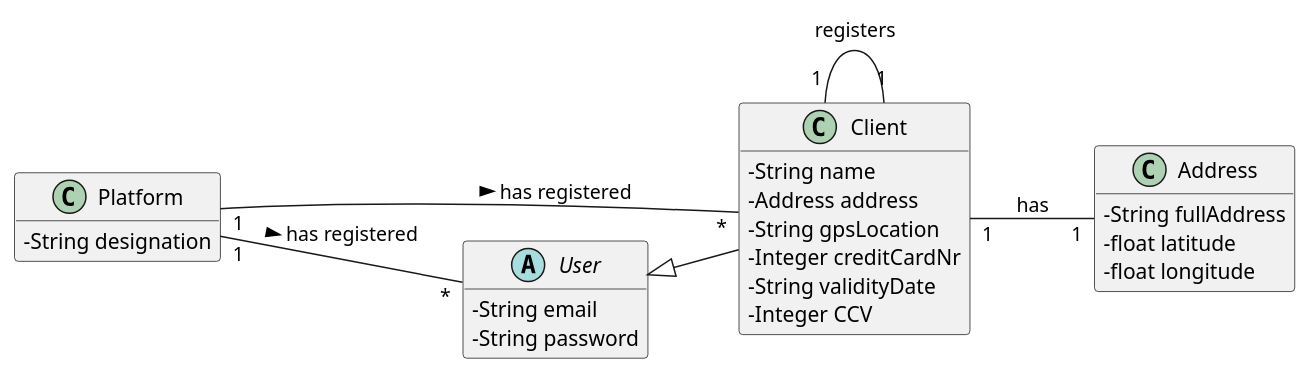
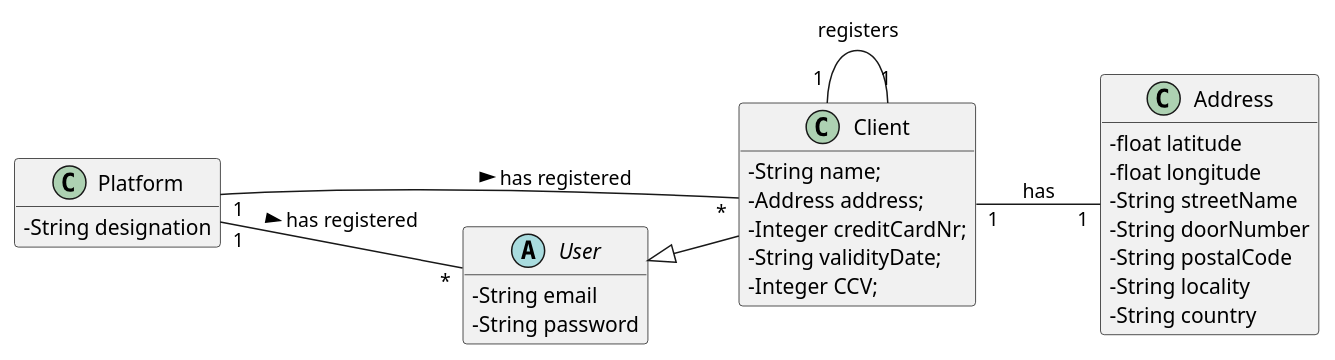
Before and after one commit to tiagoavcosta25/LAPR3: the diagram in docs/Iteration 1/User Management/US18_RegisterClient/US18_DM.puml, drawn with PlantUML. The commit also changed 6 other files, not shown here.

```diff
--- a/docs/Iteration 1/User Management/US18_RegisterClient/US18_DM.puml
+++ b/docs/Iteration 1/User Management/US18_RegisterClient/US18_DM.puml
@@ -1,37 +1,40 @@
 @startuml
 skinparam classAttributeIconSize 0
 hide methods
 left to right direction
 
 class Platform {
 -   String designation
 }
 
 class Client{
--String name
--Address address
--String gpsLocation
--Integer creditCardNr
--String validityDate
--Integer CCV
+-String name;
+-Address address;
+-Integer creditCardNr;
+-String validityDate;
+-Integer CCV;
 }
 
 abstract class User{
 -String email
 -String password
 }
 
 class Address{
--String fullAddress
 -float latitude
 -float longitude
+-String streetName
+-String doorNumber
+-String postalCode
+-String locality
+-String country
 }
 
 class Client extends User
 
 
 Client "1" -- "1" Client : registers
 Client "1" -- "1" Address : has
 Platform "1" -- "*" Client : has registered >
 Platform "1" -- "*" User : has registered >
 @enduml
```
